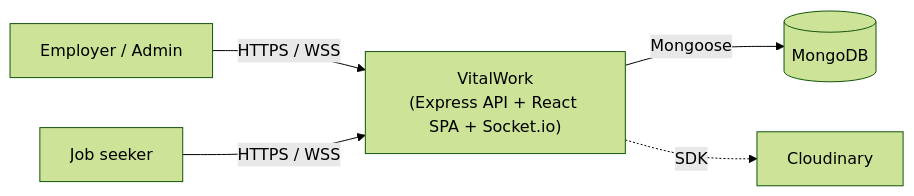
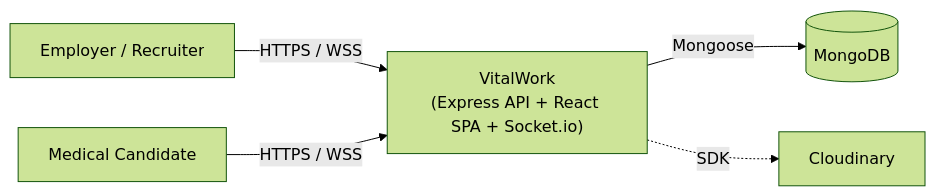
One commit to Abdelkouddous/MedCareer changed the first of 5 diagrams in system_design.md. Above: the diagram before and after it, drawn with Mermaid (forest theme). The commit also changed other lines of this file and 28 other files, not shown here.

````diff
--- a/system_design.md
+++ b/system_design.md
@@ -11,13 +19,13 @@
 ```mermaid
 flowchart LR
-  E["Employer / Admin"]
-  S["Job seeker"]
+  E["Employer / Recruiter"]
+  S["Medical Candidate"]
   P["VitalWork\n(Express API + React SPA + Socket.io)"]
   DB[("MongoDB")]
   CL["Cloudinary"]
 
   E -->|HTTPS / WSS| P
   S -->|HTTPS / WSS| P
   P -->|Mongoose| DB
   P -.->|SDK| CL
 ```
````
